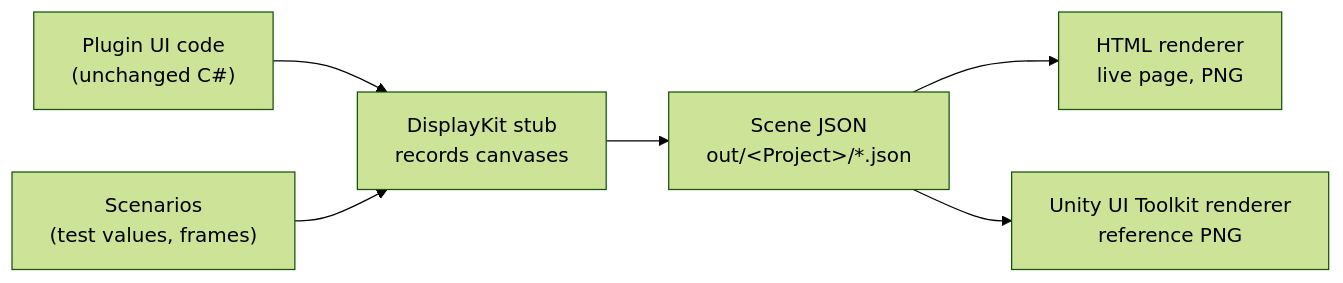
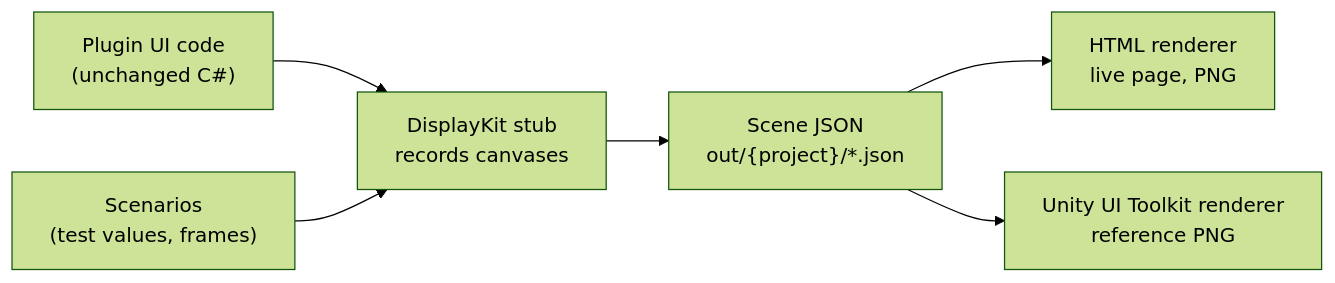
One commit to sl-plugins-cement/displaykit-preview changed the diagram in README.md. Above: the diagram before and after it, drawn with Mermaid (forest theme). The commit also changed 1 other file, not shown here.

Commit message:
Show the scene path in the pipeline diagram

````diff
--- a/README.md
+++ b/README.md
@@ -12,8 +12,8 @@
 ```mermaid
 flowchart LR
     A["Plugin UI code<br/>(unchanged C#)"] --> B["DisplayKit stub<br/>records canvases"]
     S["Scenarios<br/>(test values, frames)"] --> B
-    B --> J["Scene JSON<br/>out/&lt;Project&gt;/*.json"]
+    B --> J["Scene JSON<br/>out/{project}/*.json"]
     J --> H["HTML renderer<br/>live page, PNG"]
     J --> U["Unity UI Toolkit renderer<br/>reference PNG"]
 ```
````
